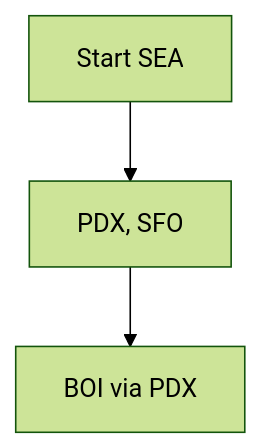
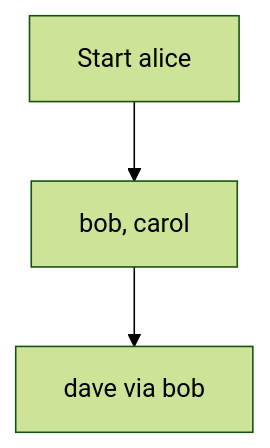
The third of 6 diagrams in docs/dsa/data-structures/graphs/index.md (qgjones9/python-programming-guide), drawn with Mermaid (forest theme) before and after one commit. The commit also changed other lines of this file and 31 other files, not shown here.

````diff
--- a/docs/dsa/data-structures/graphs/index.md
+++ b/docs/dsa/data-structures/graphs/index.md
@@ -267,5 +267,5 @@
 ```mermaid
 flowchart TB
-  S["Start SEA"] --> L1["PDX, SFO"]
-  L1 --> L2["BOI via PDX"]
+ S["Start alice"] --> L1["bob, carol"]
+ L1 --> L2["dave via bob"]
 ```
````
